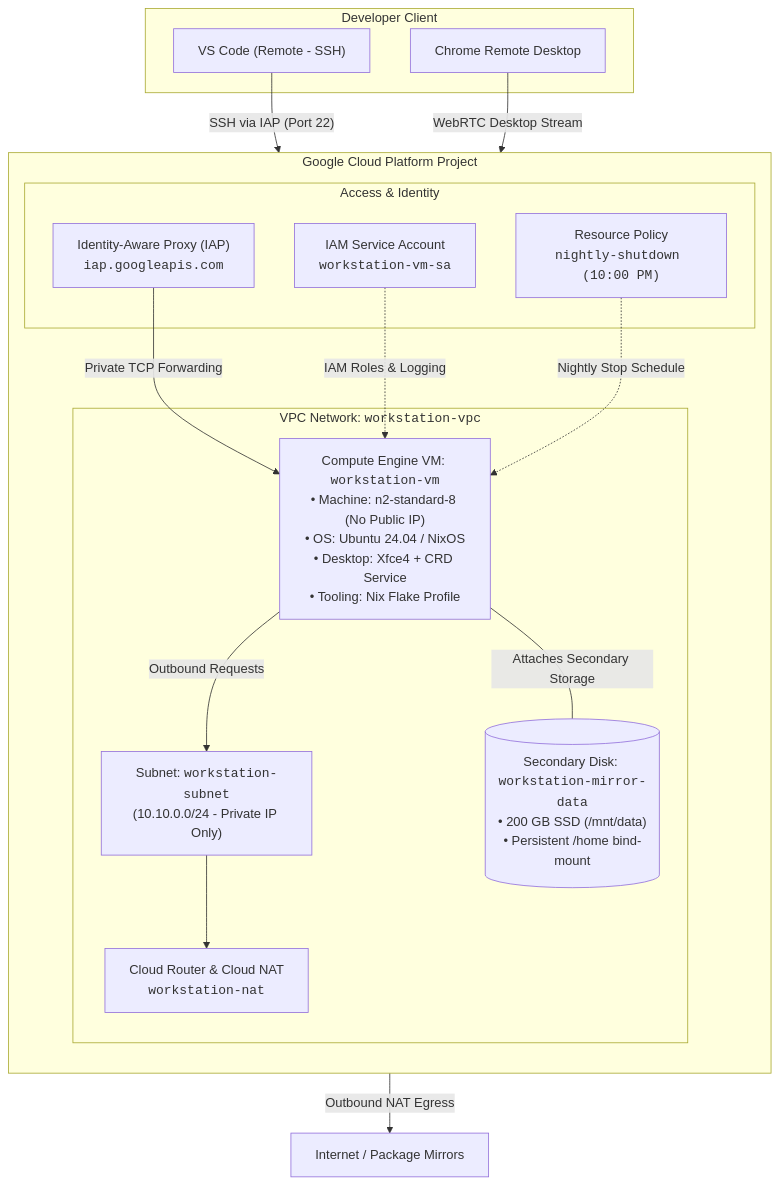
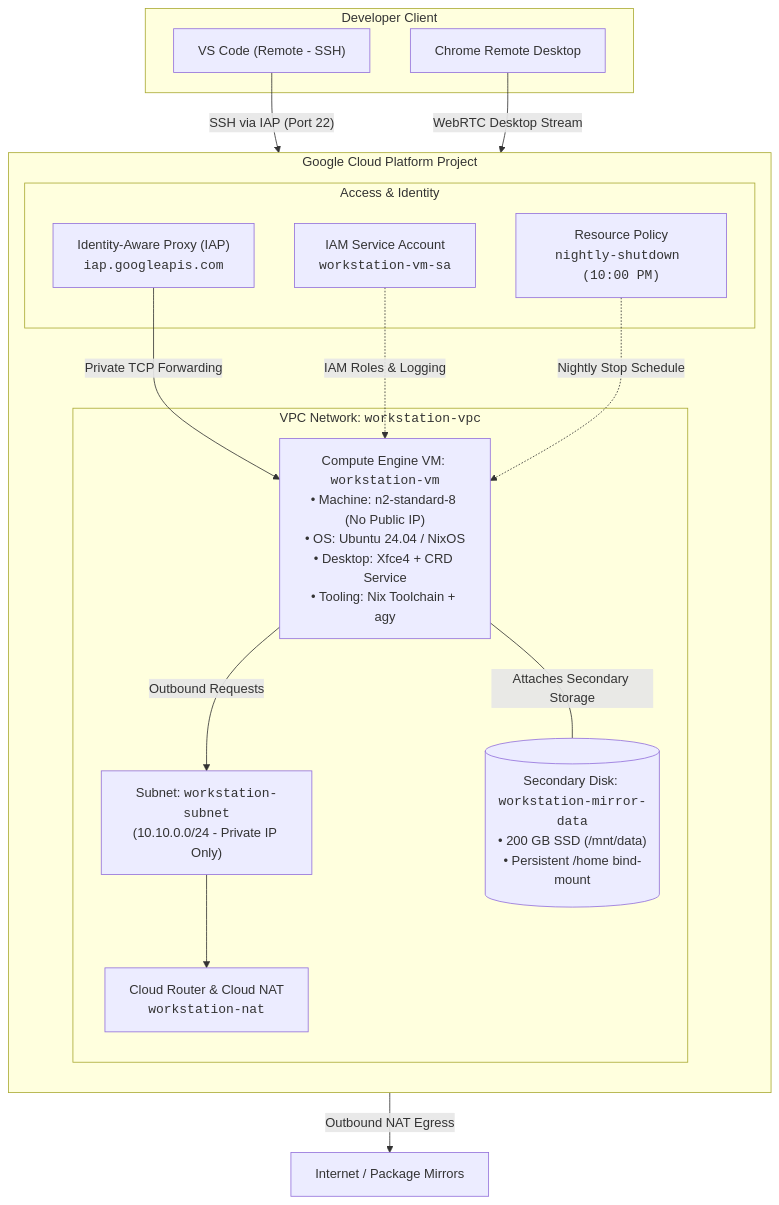
The diagram in README.md (alanblythe/gcp-workstation), drawn with Mermaid before and after one commit. The commit also changed other lines of this file and 6 other files, not shown here.

````diff
--- a/README.md
+++ b/README.md
@@ -29,42 +29,42 @@
 ```mermaid
 flowchart TB
     subgraph CLIENT["Developer Client"]
         VSCode["VS Code (Remote - SSH)"]
         Browser["Chrome Remote Desktop"]
     end
 
     subgraph GCP["Google Cloud Platform Project"]
         direction TB
 
         subgraph SECURITY["Access & Identity"]
             IAP["Identity-Aware Proxy (IAP)<br/><code>iap.googleapis.com</code>"]
             SA["IAM Service Account<br/><code>workstation-vm-sa</code>"]
             POLICY["Resource Policy<br/><code>nightly-shutdown (10:00 PM)</code>"]
         end
 
         subgraph VPC["VPC Network: <code>workstation-vpc</code>"]
             SUBNET["Subnet: <code>workstation-subnet</code><br/>(10.10.0.0/24 - Private IP Only)"]
 
-            VM["Compute Engine VM: <code>workstation-vm</code><br/>• Machine: n2-standard-8 (No Public IP)<br/>• OS: Ubuntu 24.04 / NixOS<br/>• Desktop: Xfce4 + CRD Service<br/>• Tooling: Nix Flake Profile"]
+            VM["Compute Engine VM: <code>workstation-vm</code><br/>• Machine: n2-standard-8 (No Public IP)<br/>• OS: Ubuntu 24.04 / NixOS<br/>• Desktop: Xfce4 + CRD Service<br/>• Tooling: Nix Toolchain + agy"]
 
             DISK[("Secondary Disk: <code>workstation-mirror-data</code><br/>• 200 GB SSD (/mnt/data)<br/>• Persistent /home bind-mount")]
 
             NAT["Cloud Router & Cloud NAT<br/><code>workstation-nat</code>"]
         end
     end
 
     INTERNET["Internet / Package Mirrors"]
 
     %% Traffic flows
     VSCode -->|"SSH via IAP (Port 22)"| IAP
     IAP -->|"Private TCP Forwarding"| VM
     Browser -->|"WebRTC Desktop Stream"| VM
 
     VM ---|"Attaches Secondary Storage"| DISK
     SA -.->|"IAM Roles & Logging"| VM
     POLICY -.->|"Nightly Stop Schedule"| VM
 
     VM -->|"Outbound Requests"| SUBNET
     SUBNET --> NAT
     NAT -->|"Outbound NAT Egress"| INTERNET
 ```
````
